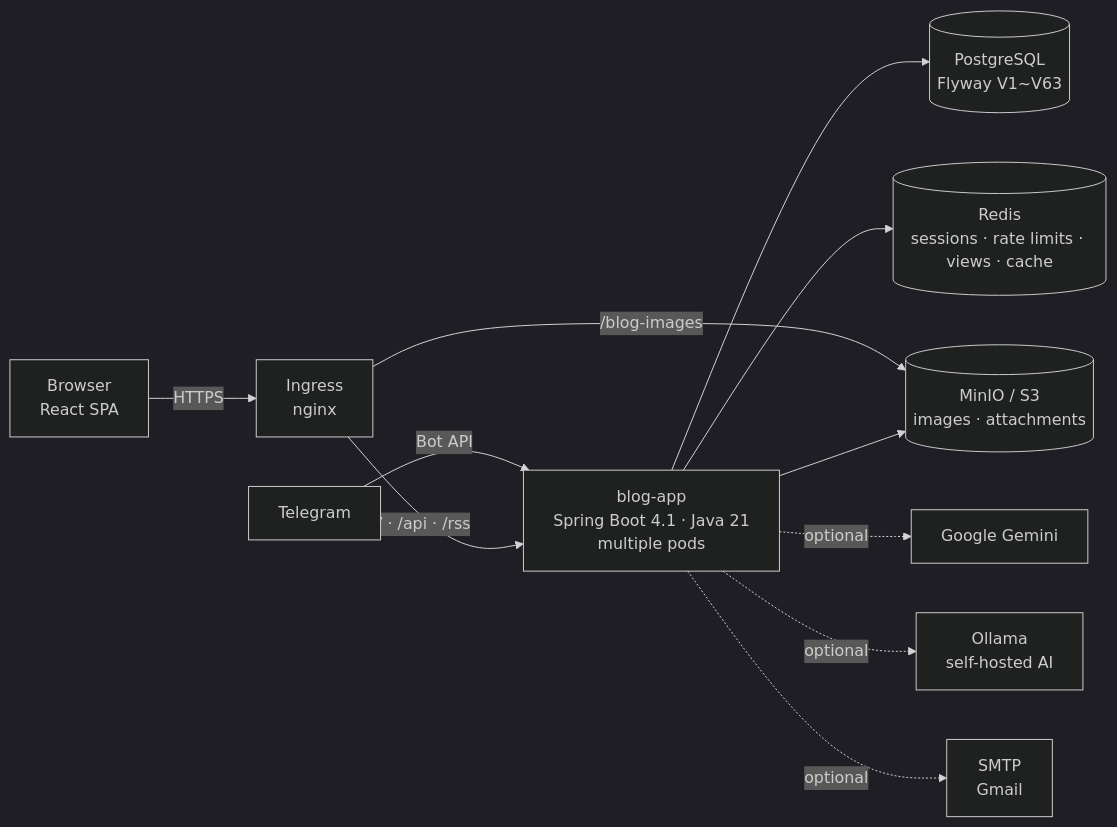
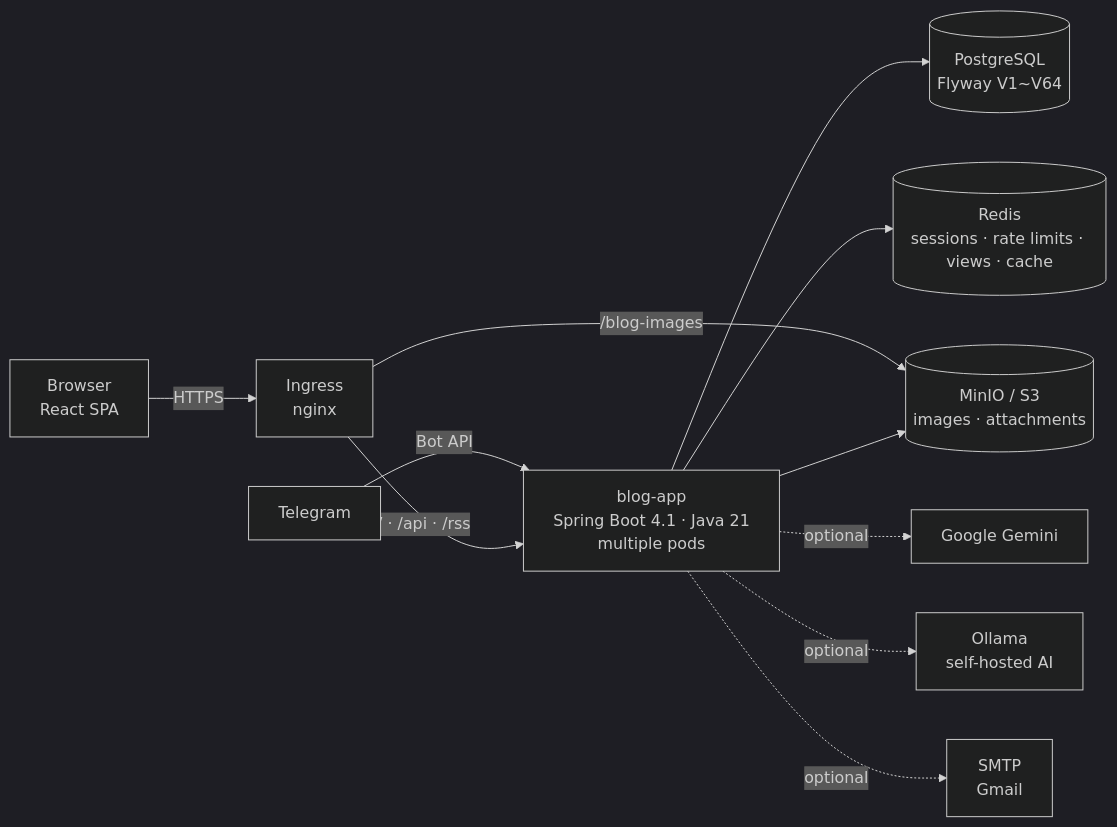
Before and after one commit to AIGJ-01-002-blog/devlog: the second of 4 diagrams in README.en.md, drawn with Mermaid (dark theme). The commit also changed other lines of this file and 3 other files, not shown here.

````diff
--- a/README.en.md
+++ b/README.en.md
@@ -198,13 +198,13 @@
 ```mermaid
 flowchart LR
     B[Browser<br/>React SPA] -->|HTTPS| I[Ingress<br/>nginx]
     T[Telegram] -->|Bot API| A
     I -->|/ · /api · /rss| A[blog-app<br/>Spring Boot 4.1 · Java 21<br/>multiple pods]
     I -->|/blog-images| M[(MinIO / S3<br/>images · attachments)]
-    A --> P[(PostgreSQL<br/>Flyway V1~V63)]
+    A --> P[(PostgreSQL<br/>Flyway V1~V64)]
     A --> R[(Redis<br/>sessions · rate limits · views · cache)]
     A --> M
     A -.optional.-> G[Google Gemini]
     A -.optional.-> O[Ollama<br/>self-hosted AI]
     A -.optional.-> S[SMTP<br/>Gmail]
 ```
````
